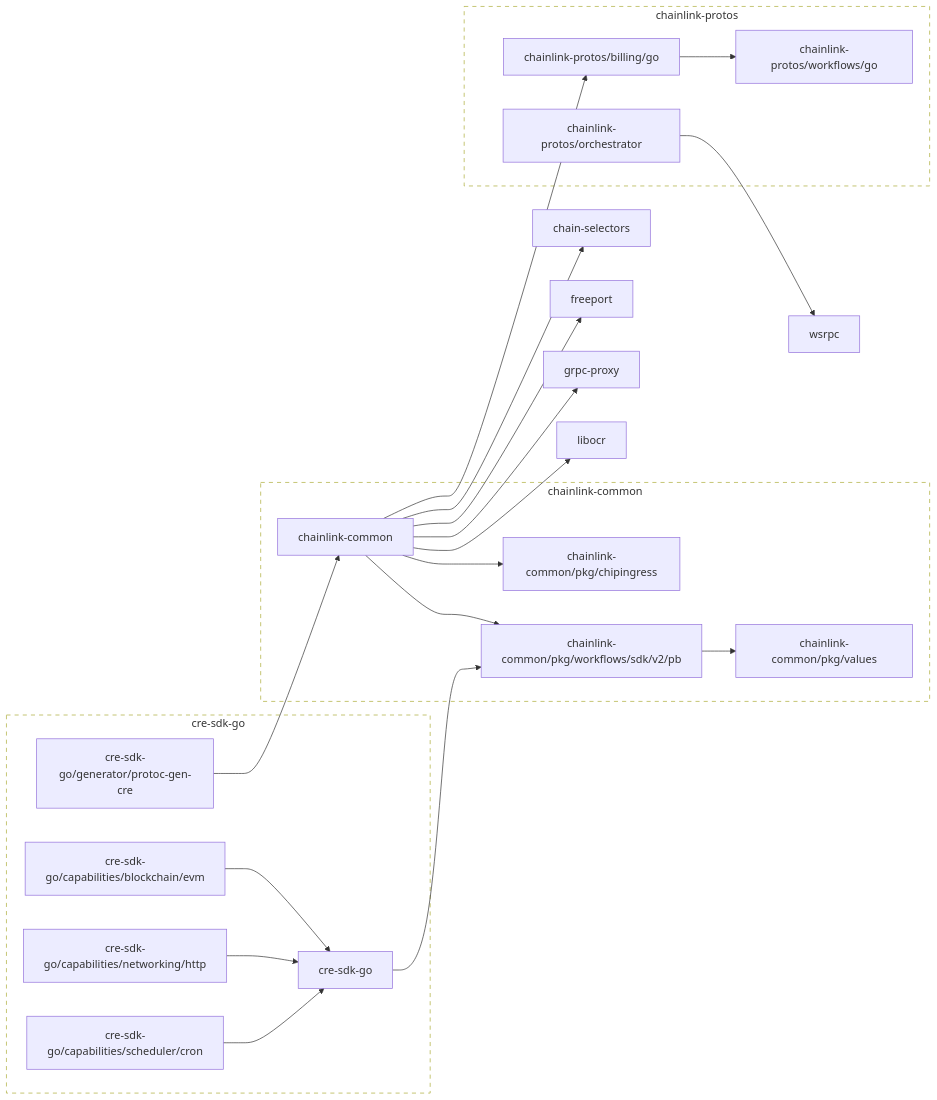
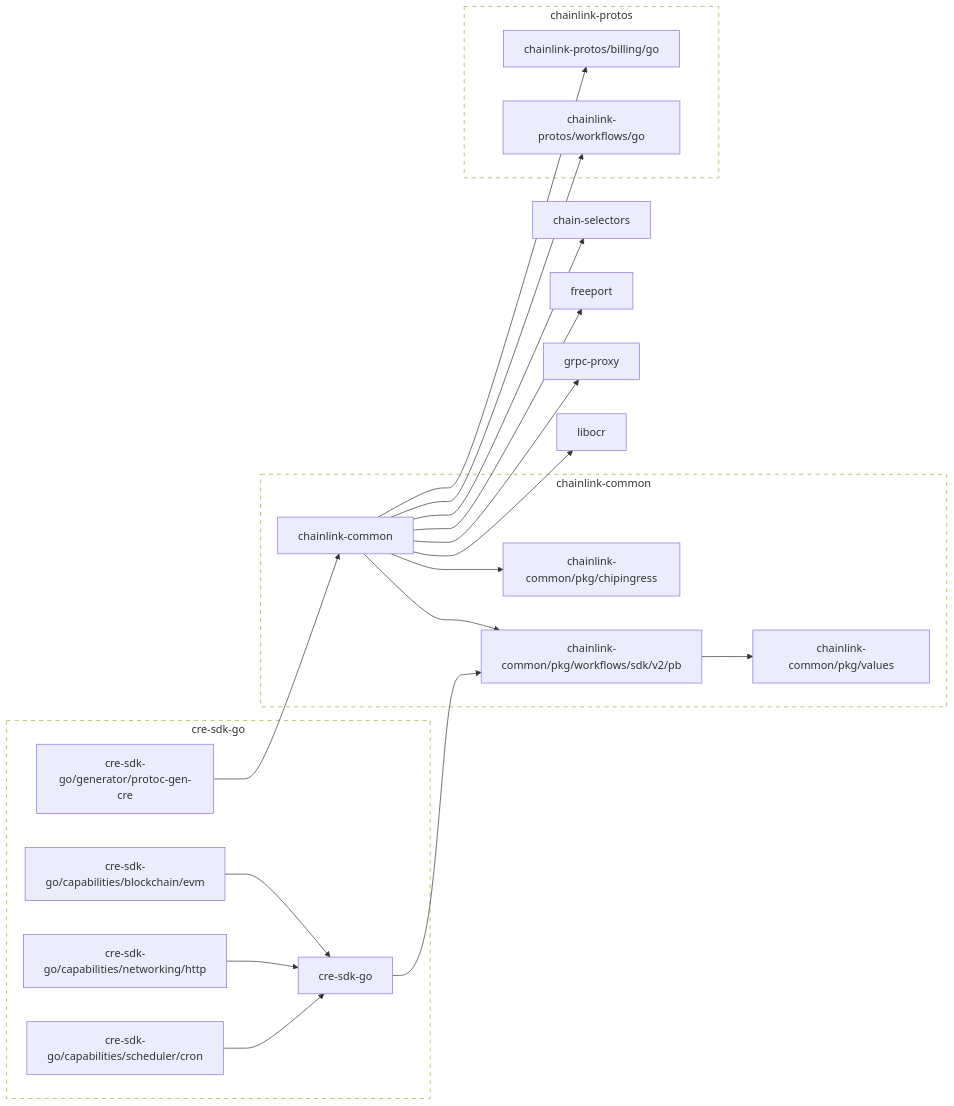
The diagram in go.md (smartcontractkit/cre-sdk-go), drawn with Mermaid before and after one commit.

Commit message:
make generate

````diff
--- a/go.md
+++ b/go.md
@@ -2,71 +2,67 @@
 ```mermaid
 flowchart LR
 
 	chain-selectors
 	click chain-selectors href "https://github.com/smartcontractkit/chain-selectors"
 	chainlink-common --> chain-selectors
 	chainlink-common --> chainlink-common/pkg/chipingress
 	chainlink-common --> chainlink-common/pkg/workflows/sdk/v2/pb
 	chainlink-common --> chainlink-protos/billing/go
+	chainlink-common --> chainlink-protos/workflows/go
 	chainlink-common --> freeport
 	chainlink-common --> grpc-proxy
 	chainlink-common --> libocr
 	click chainlink-common href "https://github.com/smartcontractkit/chainlink-common"
 	chainlink-common/pkg/chipingress
 	click chainlink-common/pkg/chipingress href "https://github.com/smartcontractkit/chainlink-common"
 	chainlink-common/pkg/values
 	click chainlink-common/pkg/values href "https://github.com/smartcontractkit/chainlink-common"
 	chainlink-common/pkg/workflows/sdk/v2/pb --> chainlink-common/pkg/values
 	click chainlink-common/pkg/workflows/sdk/v2/pb href "https://github.com/smartcontractkit/chainlink-common"
-	chainlink-protos/billing/go --> chainlink-protos/workflows/go
+	chainlink-protos/billing/go
 	click chainlink-protos/billing/go href "https://github.com/smartcontractkit/chainlink-protos"
-	chainlink-protos/orchestrator --> wsrpc
-	click chainlink-protos/orchestrator href "https://github.com/smartcontractkit/chainlink-protos"
 	chainlink-protos/workflows/go
 	click chainlink-protos/workflows/go href "https://github.com/smartcontractkit/chainlink-protos"
 	cre-sdk-go --> chainlink-common/pkg/workflows/sdk/v2/pb
 	click cre-sdk-go href "https://github.com/smartcontractkit/cre-sdk-go"
 	cre-sdk-go/capabilities/blockchain/evm --> cre-sdk-go
 	click cre-sdk-go/capabilities/blockchain/evm href "https://github.com/smartcontractkit/cre-sdk-go"
 	cre-sdk-go/capabilities/networking/http --> cre-sdk-go
 	click cre-sdk-go/capabilities/networking/http href "https://github.com/smartcontractkit/cre-sdk-go"
 	cre-sdk-go/capabilities/scheduler/cron --> cre-sdk-go
 	click cre-sdk-go/capabilities/scheduler/cron href "https://github.com/smartcontractkit/cre-sdk-go"
 	cre-sdk-go/generator/protoc-gen-cre --> chainlink-common
 	click cre-sdk-go/generator/protoc-gen-cre href "https://github.com/smartcontractkit/cre-sdk-go"
 	freeport
 	click freeport href "https://github.com/smartcontractkit/freeport"
 	grpc-proxy
 	click grpc-proxy href "https://github.com/smartcontractkit/grpc-proxy"
 	libocr
 	click libocr href "https://github.com/smartcontractkit/libocr"
-	wsrpc
-	click wsrpc href "https://github.com/smartcontractkit/wsrpc"
 
 	subgraph chainlink-common-repo[chainlink-common]
 		 chainlink-common
 		 chainlink-common/pkg/chipingress
 		 chainlink-common/pkg/values
 		 chainlink-common/pkg/workflows/sdk/v2/pb
 	end
 	click chainlink-common-repo href "https://github.com/smartcontractkit/chainlink-common"
 
 	subgraph chainlink-protos-repo[chainlink-protos]
 		 chainlink-protos/billing/go
-		 chainlink-protos/orchestrator
 		 chainlink-protos/workflows/go
 	end
 	click chainlink-protos-repo href "https://github.com/smartcontractkit/chainlink-protos"
 
 	subgraph cre-sdk-go-repo[cre-sdk-go]
 		 cre-sdk-go
 		 cre-sdk-go/capabilities/blockchain/evm
 		 cre-sdk-go/capabilities/networking/http
 		 cre-sdk-go/capabilities/scheduler/cron
 		 cre-sdk-go/generator/protoc-gen-cre
 	end
 	click cre-sdk-go-repo href "https://github.com/smartcontractkit/cre-sdk-go"
 
 	classDef outline stroke-dasharray:6,fill:none;
 	class chainlink-common-repo,chainlink-protos-repo,cre-sdk-go-repo outline
 ```
````
